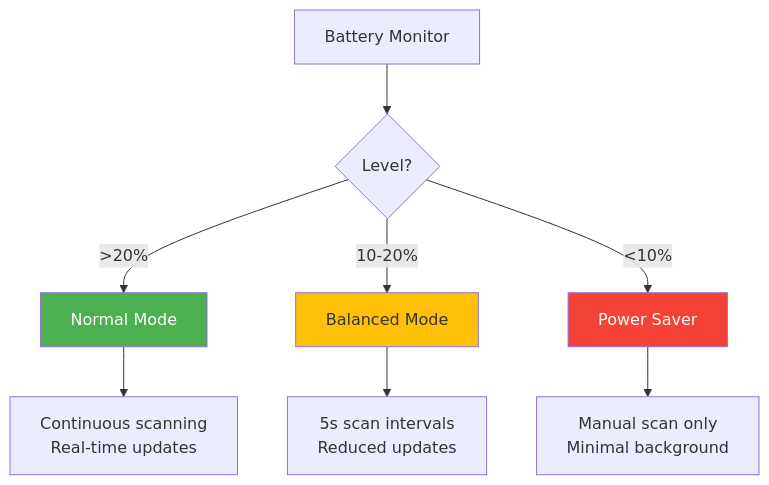
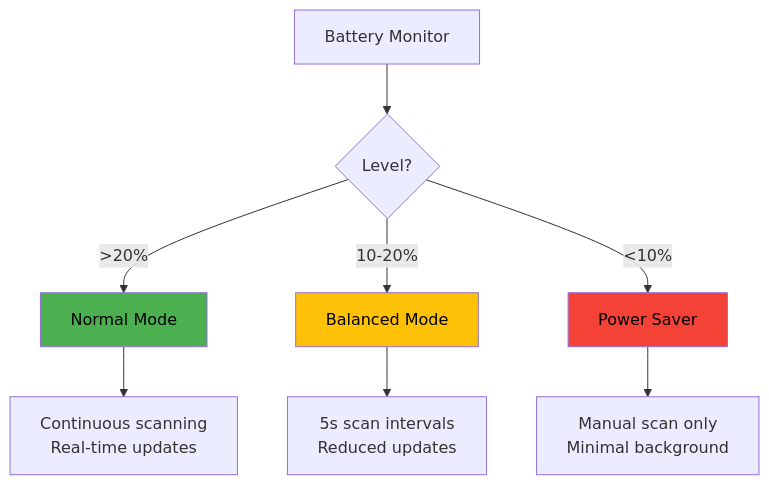
Before and after one commit to hiTechTeam/Telescan-iOS: diagram 13 of 14 in TelescaniOS/WHITEPAPER.md, drawn with Mermaid. The commit also changed other lines of this file, not shown here.

````diff
--- a/TelescaniOS/WHITEPAPER.md
+++ b/TelescaniOS/WHITEPAPER.md
@@ -479,15 +498,15 @@
 ```mermaid
 graph TD
     B[Battery Monitor] --> C{Level?}
-    C -->|&gt;20%| P[Normal Mode]
+    C -->|>20%| P[Normal Mode]
     C -->|10-20%| BA[Balanced Mode]
-    C -->|&lt;10%| PS[Power Saver]
+    C -->|<10%| PS[Power Saver]
 
     P --> F1[Continuous scanning<br/>Real-time updates]
     BA --> F2[5s scan intervals<br/>Reduced updates]
     PS --> F3[Manual scan only<br/>Minimal background]
 
-    style P fill:#4caf50,color:#fff
-    style BA fill:#ffc107
-    style PS fill:#f44336,color:#fff
+    style P fill:#4caf50,color:#000
+    style BA fill:#ffc107,color:#000
+    style PS fill:#f44336,color:#000
 ```
````
